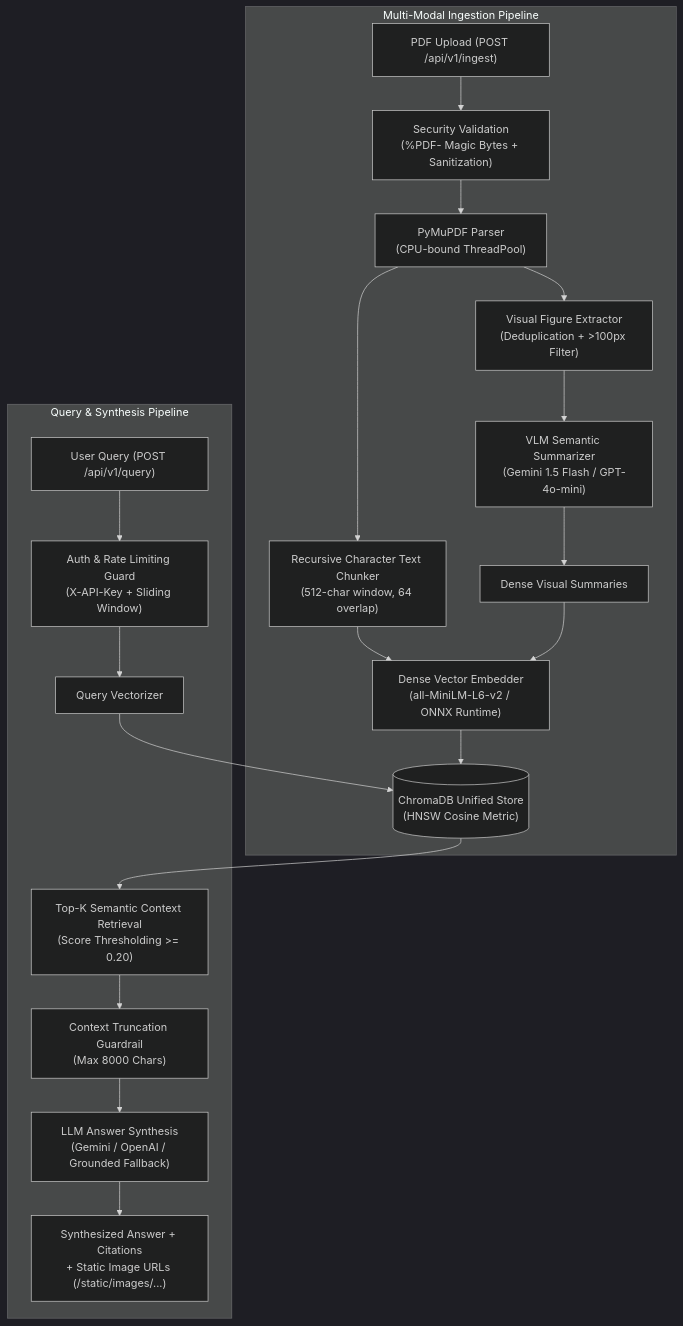
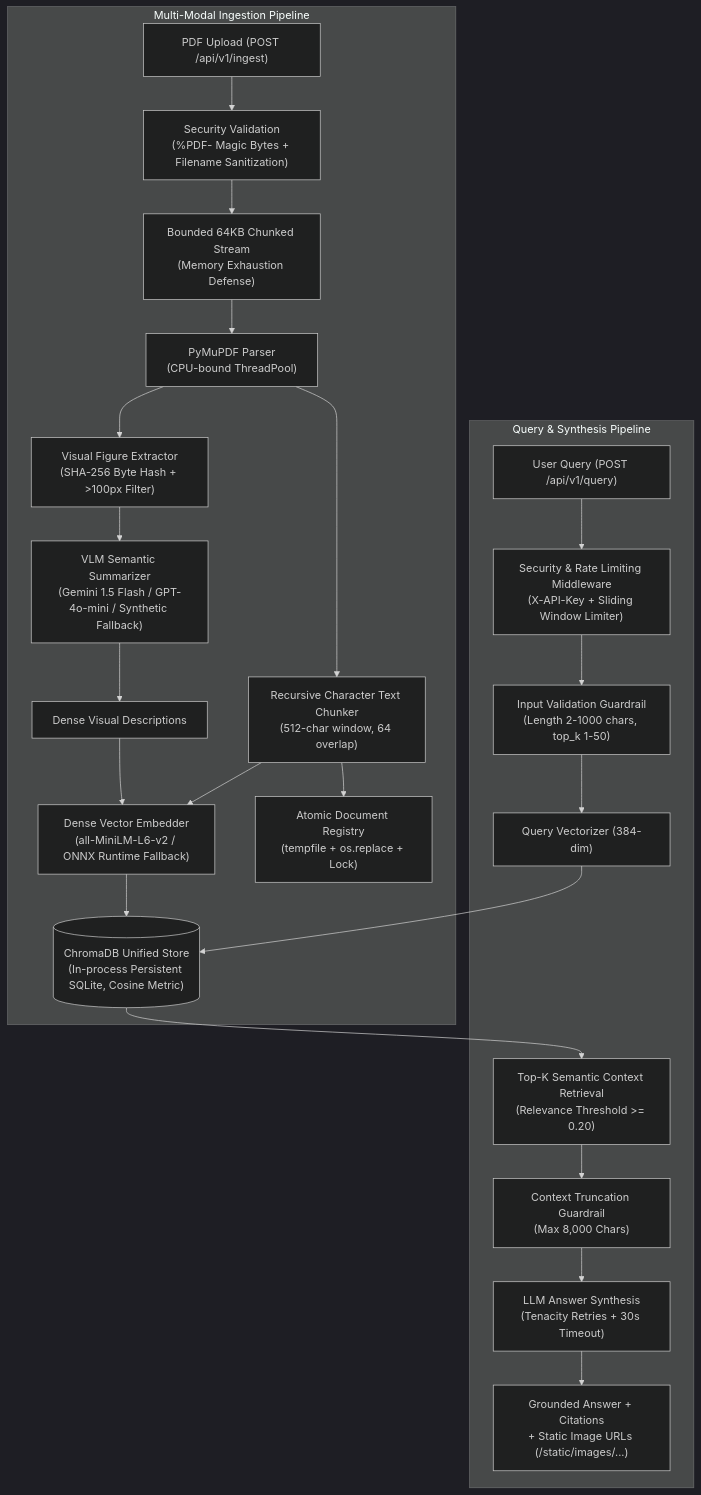
The diagram in README.md (BELALANSARI07/Multi-Modal-RAG-Knowledge-Engine), drawn with Mermaid (dark theme) before and after one commit. The commit also changed other lines of this file and 2 other files, not shown here.

````diff
--- a/README.md
+++ b/README.md
@@ -18,24 +19,27 @@
 ```mermaid
 flowchart TD
     subgraph Multi-Modal Ingestion Pipeline
-        A["PDF Upload (POST /api/v1/ingest)"] --> B["Security Validation\n(%PDF- Magic Bytes + Sanitization)"]
-        B --> C["PyMuPDF Parser\n(CPU-bound ThreadPool)"]
-        C --> D["Recursive Character Text Chunker\n(512-char window, 64 overlap)"]
-        C --> E["Visual Figure Extractor\n(Deduplication + >100px Filter)"]
-        E --> F["VLM Semantic Summarizer\n(Gemini 1.5 Flash / GPT-4o-mini)"]
-        F --> G["Dense Visual Summaries"]
-        D --> H["Dense Vector Embedder\n(all-MiniLM-L6-v2 / ONNX Runtime)"]
-        G --> H
-        H --> I[("ChromaDB Unified Store\n(HNSW Cosine Metric)")]
+        A["PDF Upload (POST /api/v1/ingest)"] --> B["Security Validation\n(%PDF- Magic Bytes + Filename Sanitization)"]
+        B --> C["Bounded 64KB Chunked Stream\n(Memory Exhaustion Defense)"]
+        C --> D["PyMuPDF Parser\n(CPU-bound ThreadPool)"]
+        D --> E["Recursive Character Text Chunker\n(512-char window, 64 overlap)"]
+        D --> F["Visual Figure Extractor\n(SHA-256 Byte Hash + >100px Filter)"]
+        F --> G["VLM Semantic Summarizer\n(Gemini 1.5 Flash / GPT-4o-mini / Synthetic Fallback)"]
+        G --> H["Dense Visual Descriptions"]
+        E --> I["Dense Vector Embedder\n(all-MiniLM-L6-v2 / ONNX Runtime Fallback)"]
+        H --> I
+        I --> J[("ChromaDB Unified Store\n(In-process Persistent SQLite, Cosine Metric)")]
+        E --> K["Atomic Document Registry\n(tempfile + os.replace + Lock)"]
     end
 
     subgraph Query & Synthesis Pipeline
-        J["User Query (POST /api/v1/query)"] --> K["Auth & Rate Limiting Guard\n(X-API-Key + Sliding Window)"]
-        K --> L["Query Vectorizer"]
-        L --> I
-        I --> M["Top-K Semantic Context Retrieval\n(Score Thresholding >= 0.20)"]
-        M --> N["Context Truncation Guardrail\n(Max 8000 Chars)"]
-        N --> O["LLM Answer Synthesis\n(Gemini / OpenAI / Grounded Fallback)"]
-        O --> P["Synthesized Answer + Citations\n+ Static Image URLs (/static/images/...)"]
+        L["User Query (POST /api/v1/query)"] --> M["Security & Rate Limiting Middleware\n(X-API-Key + Sliding Window Limiter)"]
+        M --> N["Input Validation Guardrail\n(Length 2-1000 chars, top_k 1-50)"]
+        N --> O["Query Vectorizer (384-dim)"]
+        O --> J
+        J --> P["Top-K Semantic Context Retrieval\n(Relevance Threshold >= 0.20)"]
+        P --> Q["Context Truncation Guardrail\n(Max 8,000 Chars)"]
+        Q --> R["LLM Answer Synthesis\n(Tenacity Retries + 30s Timeout)"]
+        R --> S["Grounded Answer + Citations\n+ Static Image URLs (/static/images/...)"]
     end
 ```
````
